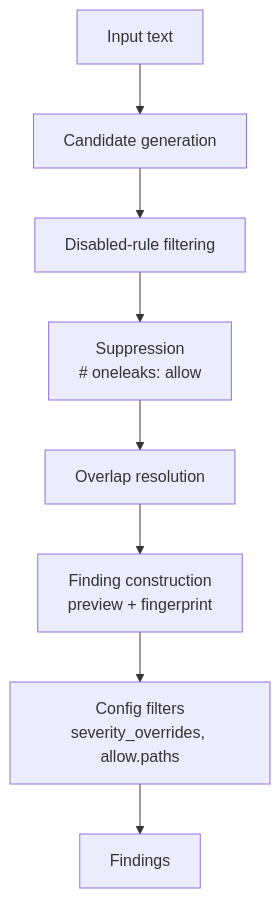
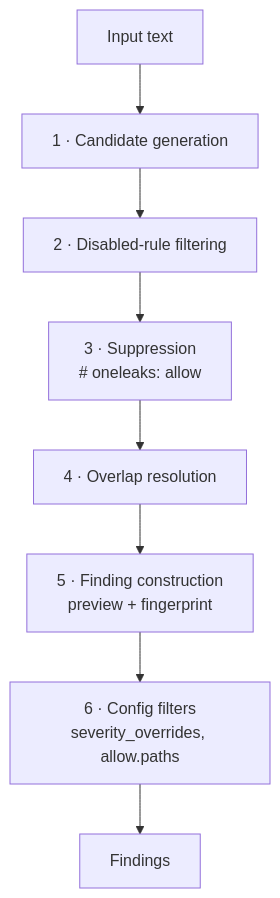
Before and after one commit to simjay/oneleak: the diagram in docs/architecture.md, drawn with Mermaid. The commit also changed other lines of this file and 15 other files, not shown here.

````diff
--- a/docs/architecture.md
+++ b/docs/architecture.md
@@ -9,10 +11,10 @@
 ```mermaid
 flowchart TD
-    A[Input text] --> B[Candidate generation]
-    B --> C[Disabled-rule filtering]
-    C --> D[Suppression<br/>#35; oneleaks: allow]
-    D --> E[Overlap resolution]
-    E --> F[Finding construction<br/>preview + fingerprint]
-    F --> G[Config filters<br/>severity_overrides, allow.paths]
+    A[Input text] --> B[1 · Candidate generation]
+    B --> C[2 · Disabled-rule filtering]
+    C --> D[3 · Suppression<br/>#35; oneleaks: allow]
+    D --> E[4 · Overlap resolution]
+    E --> F[5 · Finding construction<br/>preview + fingerprint]
+    F --> G[6 · Config filters<br/>severity_overrides, allow.paths]
     G --> H[Findings]
 ```
````
